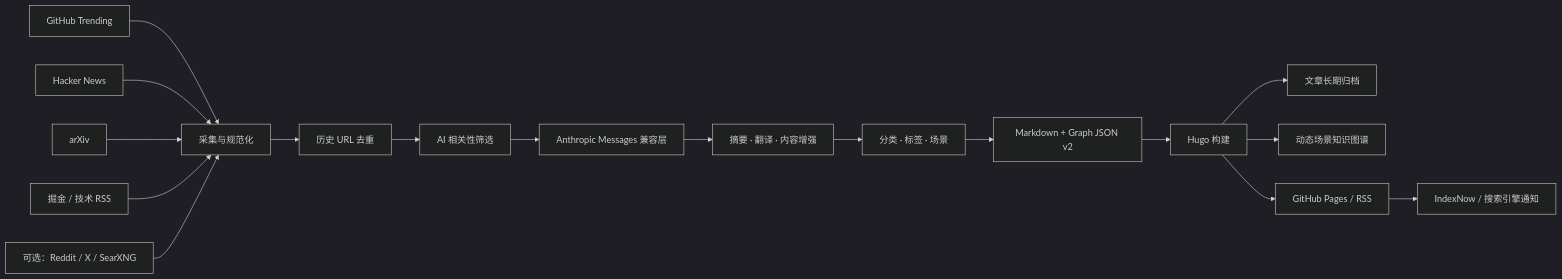
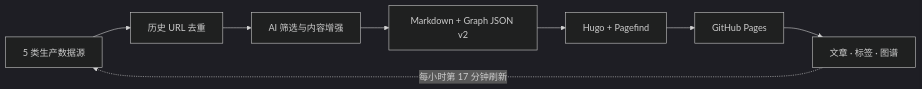
Before and after one commit to g5n-dev/ai-stack: the diagram in README.md, drawn with Mermaid (dark theme). The commit also changed other lines of this file and 3 other files, not shown here.

````diff
--- a/README.md
+++ b/README.md
@@ -95,21 +46,10 @@
 ```mermaid
 flowchart LR
-  GH["GitHub Trending"] --> C["采集与规范化"]
-  HN["Hacker News"] --> C
-  AX["arXiv"] --> C
-  JR["掘金 / 技术 RSS"] --> C
-  OP["可选：Reddit / X / SearXNG"] --> C
-
-  C --> D["历史 URL 去重"]
-  D --> F["AI 相关性筛选"]
-  F --> M["Anthropic Messages 兼容层"]
-  M --> P["摘要 · 翻译 · 内容增强"]
-  P --> T["分类 · 标签 · 场景"]
-  T --> O["Markdown + Graph JSON v2"]
-  O --> B["Hugo 构建"]
-
-  B --> A["文章长期归档"]
-  B --> G["动态场景知识图谱"]
-  B --> W["GitHub Pages / RSS"]
-  W --> S["IndexNow / 搜索引擎通知"]
+  S["5 类生产数据源"] --> D["历史 URL 去重"]
+  D --> A["AI 筛选与内容增强"]
+  A --> O["Markdown + Graph JSON v2"]
+  O --> H["Hugo + Pagefind"]
+  H --> P["GitHub Pages"]
+  P --> R["文章 · 标签 · 图谱"]
+  R -. "每小时第 17 分钟刷新" .-> S
 ```
````
